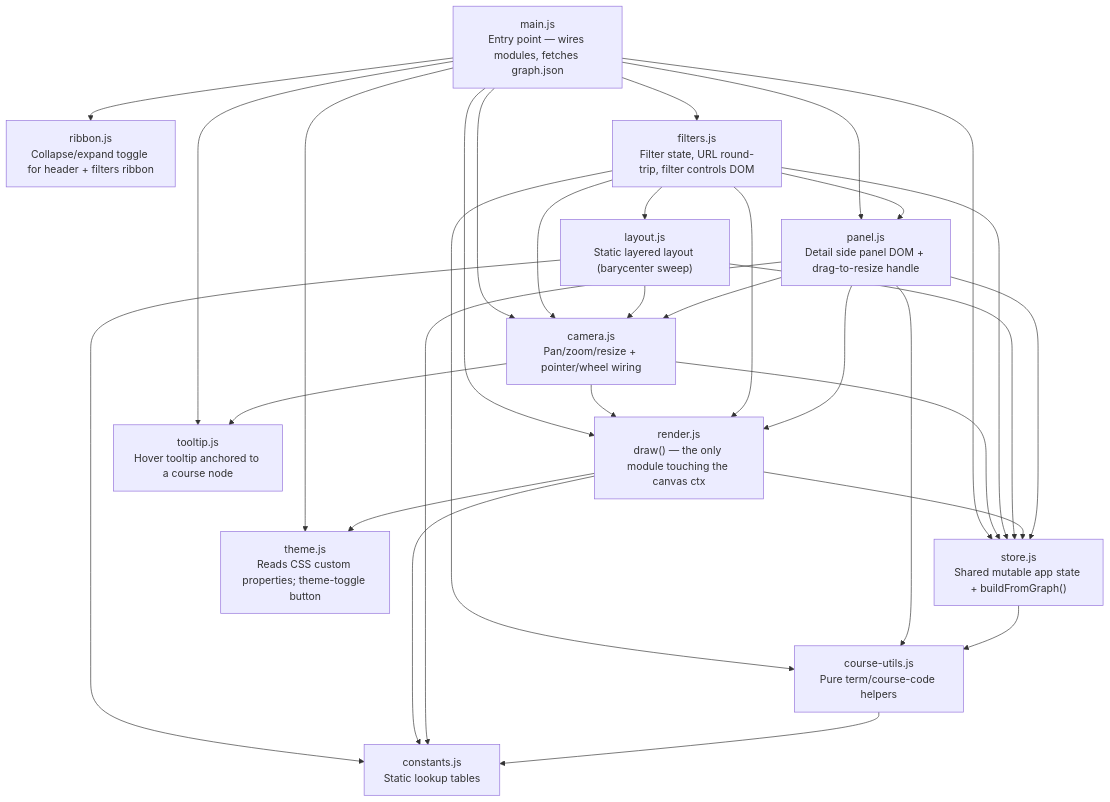
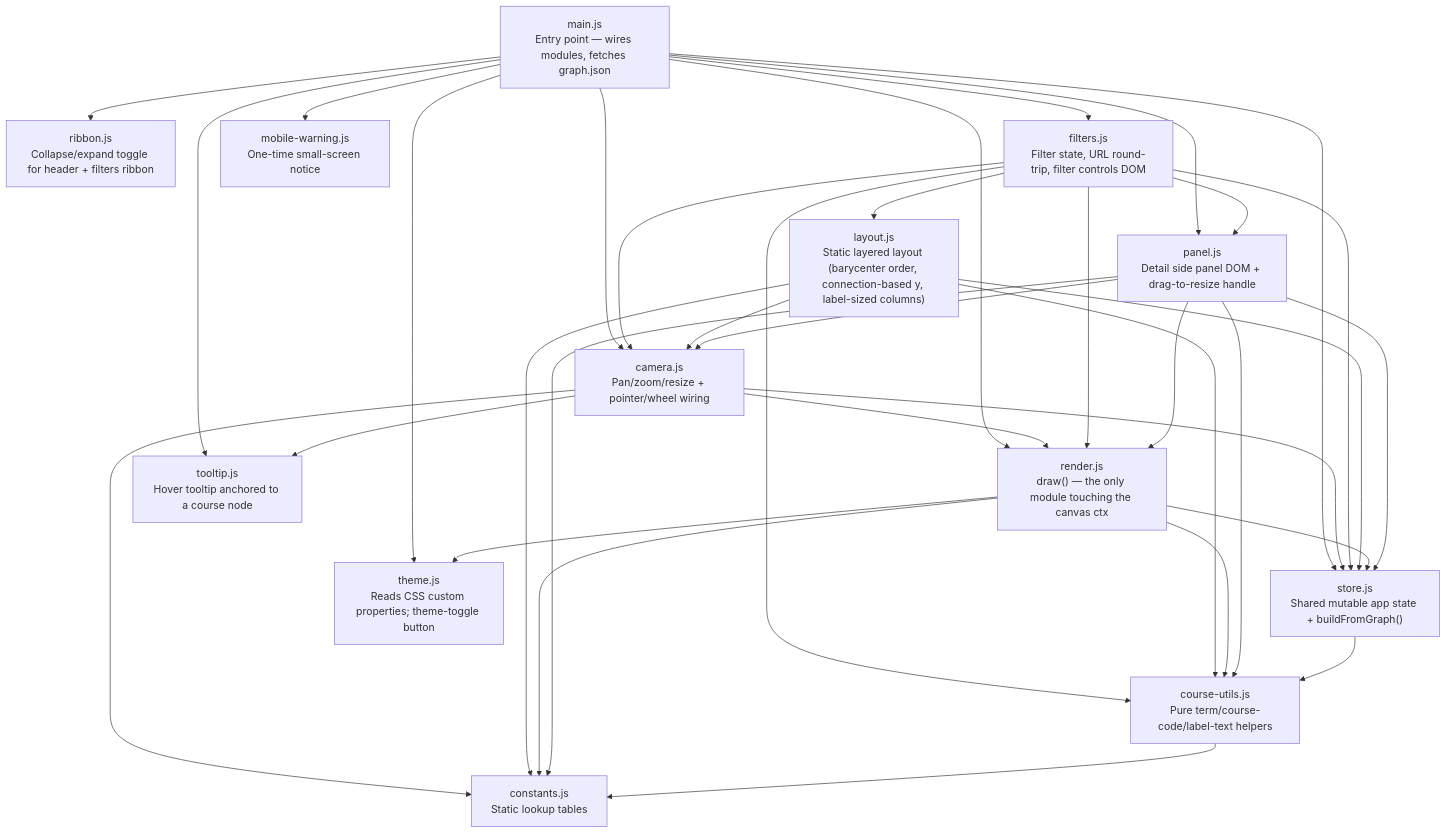
One commit to apurvanakade/AMS-courses changed the diagram in README.md. Above: the diagram before and after it, drawn with Mermaid. The commit also changed other lines of this file and 13 other files, not shown here.

First line of the commit message:
Make the course map readable: compact layout, min zoom, one-level filter

````diff
--- a/README.md
+++ b/README.md
@@ -155,52 +157,57 @@
 ```mermaid
 graph TD
     main["main.js<br/>Entry point — wires modules, fetches graph.json"]
     store["store.js<br/>Shared mutable app state + buildFromGraph()"]
     render["render.js<br/>draw() — the only module touching the canvas ctx"]
     theme["theme.js<br/>Reads CSS custom properties; theme-toggle button"]
     ribbon["ribbon.js<br/>Collapse/expand toggle for header + filters ribbon"]
     tooltip["tooltip.js<br/>Hover tooltip anchored to a course node"]
     camera["camera.js<br/>Pan/zoom/resize + pointer/wheel wiring"]
     panel["panel.js<br/>Detail side panel DOM + drag-to-resize handle"]
     filters["filters.js<br/>Filter state, URL round-trip, filter controls DOM"]
-    layout["layout.js<br/>Static layered layout (barycenter sweep)"]
-    courseUtils["course-utils.js<br/>Pure term/course-code helpers"]
+    layout["layout.js<br/>Static layered layout (barycenter order, connection-based y, label-sized columns)"]
+    mobileWarning["mobile-warning.js<br/>One-time small-screen notice"]
+    courseUtils["course-utils.js<br/>Pure term/course-code/label-text helpers"]
     constants["constants.js<br/>Static lookup tables"]
 
     main --> store
     main --> render
     main --> theme
     main --> ribbon
     main --> tooltip
     main --> camera
     main --> panel
     main --> filters
+    main --> mobileWarning
 
     camera --> store
     camera --> render
     camera --> tooltip
+    camera --> constants
 
     filters --> store
     filters --> courseUtils
     filters --> layout
     filters --> camera
     filters --> render
     filters --> panel
 
     layout --> store
     layout --> constants
     layout --> camera
+    layout --> courseUtils
 
     render --> store
     render --> constants
     render --> theme
+    render --> courseUtils
 
     panel --> store
     panel --> constants
     panel --> courseUtils
     panel --> render
     panel --> camera
 
     store --> courseUtils
     courseUtils --> constants
 ```
````
